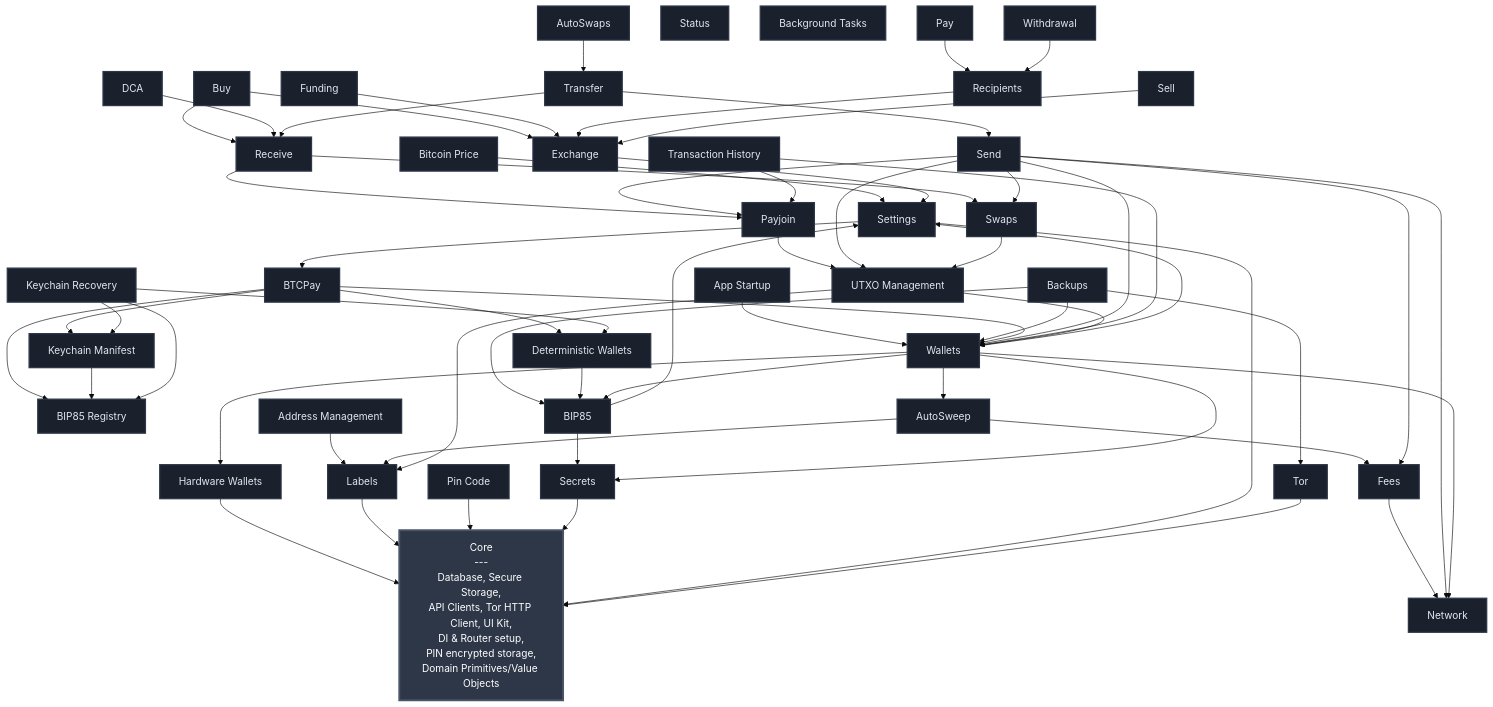
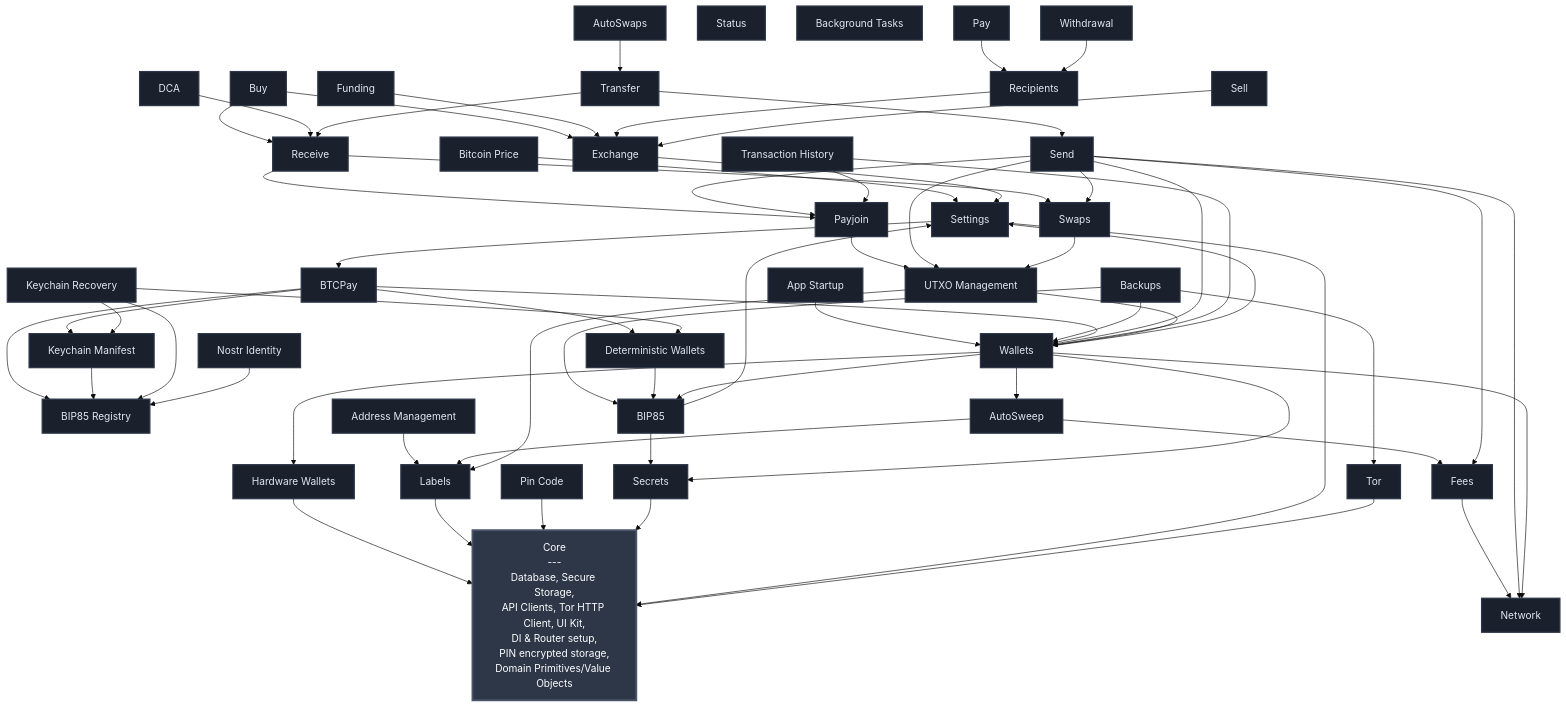
Before and after one commit to BullishNode/bullbitcoin-mobile: the diagram in FEATURES.md, drawn with Mermaid (base theme). The commit also changed 6 other files, not shown here.

Commit message:
feat(nostr_identity): add reserved nostr key core

````diff
--- a/FEATURES.md
+++ b/FEATURES.md
@@ -24,6 +24,7 @@
     DETERMINISTIC_WALLETS[Deterministic Wallets]
     KEYCHAIN_MANIFEST[Keychain Manifest]
     KEYCHAIN_RECOVERY[Keychain Recovery]
+    NOSTR_IDENTITY[Nostr Identity]
     NETWORK[Network]
     BIP85[BIP85]
     FEES[Fees]
@@ -75,6 +76,7 @@
     KEYCHAIN_RECOVERY --> BIP85_REGISTRY
     KEYCHAIN_RECOVERY --> DETERMINISTIC_WALLETS
     KEYCHAIN_RECOVERY --> KEYCHAIN_MANIFEST
+    NOSTR_IDENTITY --> BIP85_REGISTRY
     BUY --> EXCHANGE
     BUY --> RECEIVE
     DCA --> RECEIVE
@@ -120,5 +122,5 @@
     classDef featureStyle fill:#1a202c,stroke:#2d3748,stroke-width:2px,color:#e2e8f0
 
     class CORE coreStyle
-    class SETTINGS,TOR,PIN_CODE,LABELS,SECRETS,HW_WALLETS,BTC_PRICE,BTCPAY,BIP85_REGISTRY,DETERMINISTIC_WALLETS,KEYCHAIN_MANIFEST,KEYCHAIN_RECOVERY,NETWORK,BIP85,FEES,WALLETS,EXCHANGE,APP_STARTUP,UTXO_MGMT,ADDRESS_MGMT,RECIPIENTS,FUNDING,BACKUPS,SWAPS,PAYJOIN,WITHDRAWAL,STATUS,SEND,RECEIVE,TRANSFER,TX_HISTORY,BG_TASKS,AUTOSWAPS,AUTOSWEEP,DCA,SELL,PAY,BUY featureStyle
+    class SETTINGS,TOR,PIN_CODE,LABELS,SECRETS,HW_WALLETS,BTC_PRICE,BTCPAY,BIP85_REGISTRY,DETERMINISTIC_WALLETS,KEYCHAIN_MANIFEST,KEYCHAIN_RECOVERY,NOSTR_IDENTITY,NETWORK,BIP85,FEES,WALLETS,EXCHANGE,APP_STARTUP,UTXO_MGMT,ADDRESS_MGMT,RECIPIENTS,FUNDING,BACKUPS,SWAPS,PAYJOIN,WITHDRAWAL,STATUS,SEND,RECEIVE,TRANSFER,TX_HISTORY,BG_TASKS,AUTOSWAPS,AUTOSWEEP,DCA,SELL,PAY,BUY featureStyle
 ```
````
